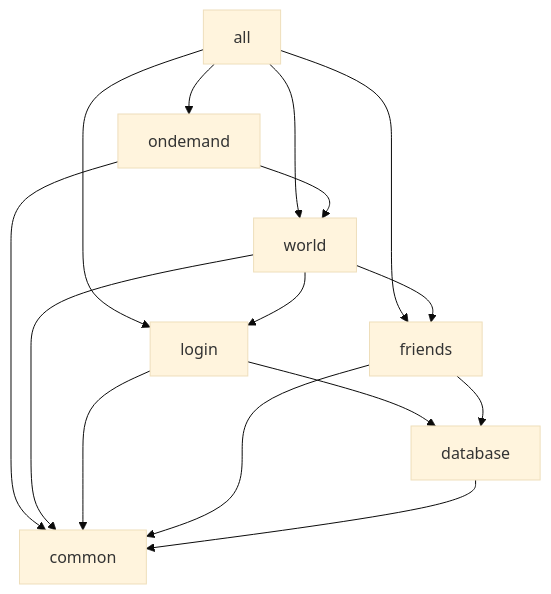
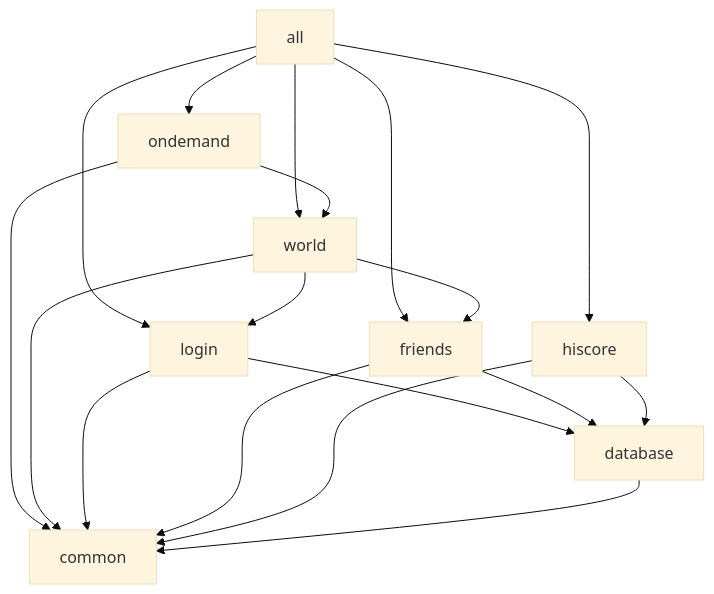
Before and after one commit to zsrv/goscape: the diagram in docs/admin/index.md, drawn with Mermaid (base theme). The commit also changed other lines of this file and 2 other files, not shown here.

First line of the commit message:
docs(admin): add hiscores API guide, now shipped on all five revisions

````diff
--- a/docs/admin/index.md
+++ b/docs/admin/index.md
@@ -38,24 +39,28 @@
 ```mermaid
 graph TD
     all[all] --> ondemand
     all --> friends
     all --> login
     all --> world
+    all --> hiscore
 
     ondemand[ondemand] --> world
     ondemand --> common
 
     world[world] --> login
     world --> friends
     world --> common
 
     login[login] --> database
     login --> common
 
     friends[friends] --> database
     friends --> common
 
+    hiscore[hiscore] --> database
+    hiscore --> common
+
     database[database] --> common
 
     common[common]
 ```
````
